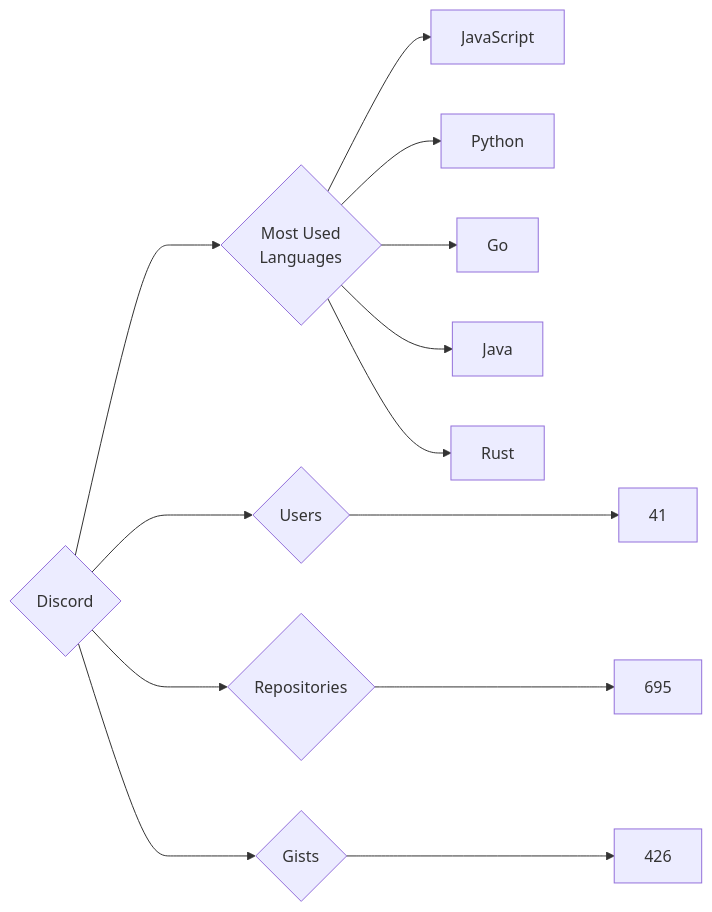
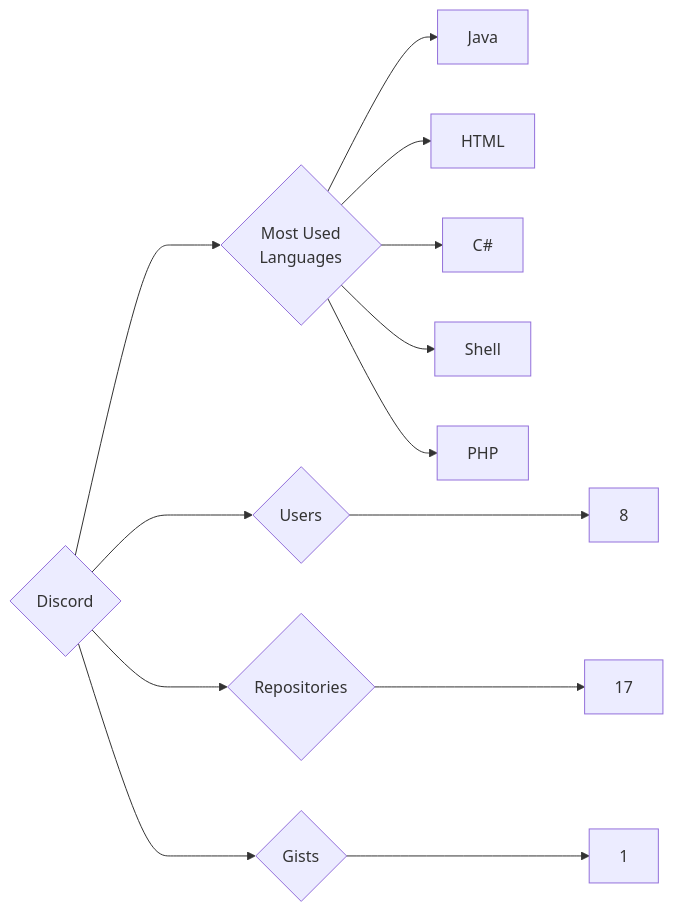
The diagram in targets/Discord/README.md (trickest/insiders), drawn with Mermaid before and after one commit. The commit also changed 934 other files, not shown here.

````diff
--- a/targets/Discord/README.md
+++ b/targets/Discord/README.md
@@ -3,13 +3,13 @@
 ```mermaid
 graph LR
 COMPANY_NAME{Discord}
-COMPANY_NAME ---> U{Users} ---> UN[41]
-COMPANY_NAME ---> R{Repositories} ---> RN[695]
-COMPANY_NAME ---> G{Gists} ---> GN[426]
+COMPANY_NAME ---> U{Users} ---> UN[8]
+COMPANY_NAME ---> R{Repositories} ---> RN[17]
+COMPANY_NAME ---> G{Gists} ---> GN[1]
 COMPANY_NAME ---> ML{Most Used<br>Languages}
-ML --> JavaScript[JavaScript]
-ML --> Python[Python]
-ML --> Go[Go]
 ML --> Java[Java]
-ML --> Rust[Rust]
+ML --> HTML[HTML]
+ML --> C#[C#]
+ML --> Shell[Shell]
+ML --> PHP[PHP]
 ```
````
